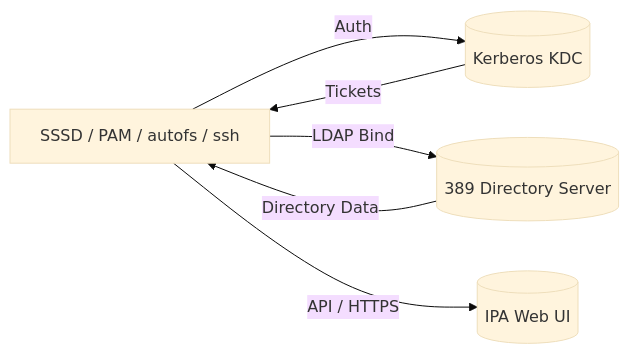
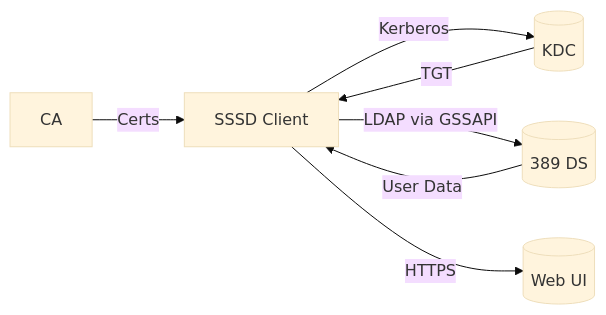
The second of 3 diagrams in content/posts/freeipa-setup.md (devitway/devopsway-blog), drawn with Mermaid (base theme) before and after one commit. The commit also changed other lines of this file and 2 other files, not shown here.

Commit message:
feat (docs): add nfs_autofs+vault

```diff
--- a/content/posts/freeipa-setup.md
+++ b/content/posts/freeipa-setup.md
@@ -91,9 +84,10 @@
 {{< mermaid >}}
 flowchart LR
-  Client[SSSD / PAM / autofs / ssh] -->|Auth| Kerberos[(Kerberos KDC)]
-  Client -->|LDAP Bind| LDAP[(389 Directory Server)]
-  Client -->|API / HTTPS| WebAPI[(IPA Web UI)]
+  Client[SSSD Client] -->|Kerberos| KDC[(KDC)]
+  Client -->|LDAP via GSSAPI| LDAP[(389 DS)]
+  Client -->|HTTPS| WebUI[(Web UI)]
 
-  Kerberos -->|Tickets| Client
-  LDAP -->|Directory Data| Client
+  KDC -->|TGT| Client
+  LDAP -->|User Data| Client
+  CA -->|Certs| Client
 {{< /mermaid >}}
```
